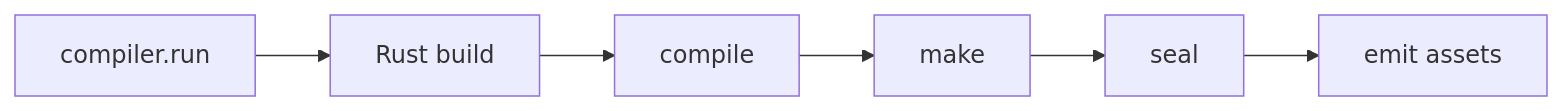
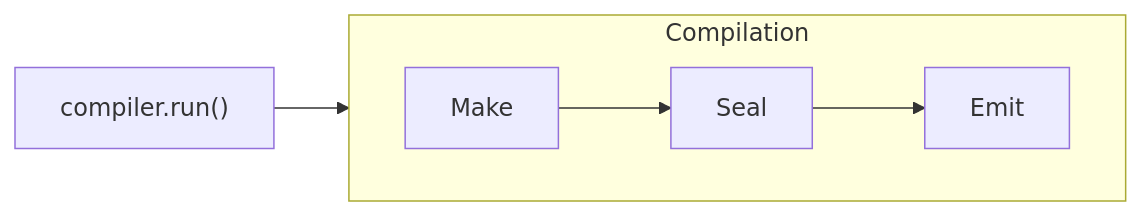
Before and after one commit to CoderSerio/blog: the fourth of 9 diagrams in src/content/posts/feopack.md, drawn with Mermaid. The commit also changed other lines of this file and 3 other files, not shown here.

````diff
--- a/src/content/posts/feopack.md
+++ b/src/content/posts/feopack.md
@@ -102,8 +234,9 @@
 ```mermaid
 flowchart LR
-  Run[compiler.run] --> Build[Rust build]
-  Build --> Compile[compile]
-  Compile --> Make[make]
-  Make --> Seal[seal]
-  Seal --> Emit[emit assets]
+  subgraph BundlerCore[Compilation]
+    direction LR
+    Make["Make"] --> Seal["Seal"] --> Emit["Emit"]
+  end
+
+  Run["compiler.run()"] --> Make
 ```
````
